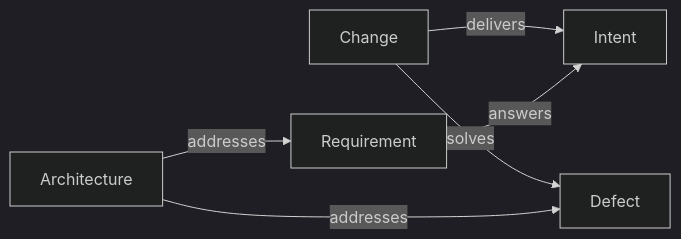
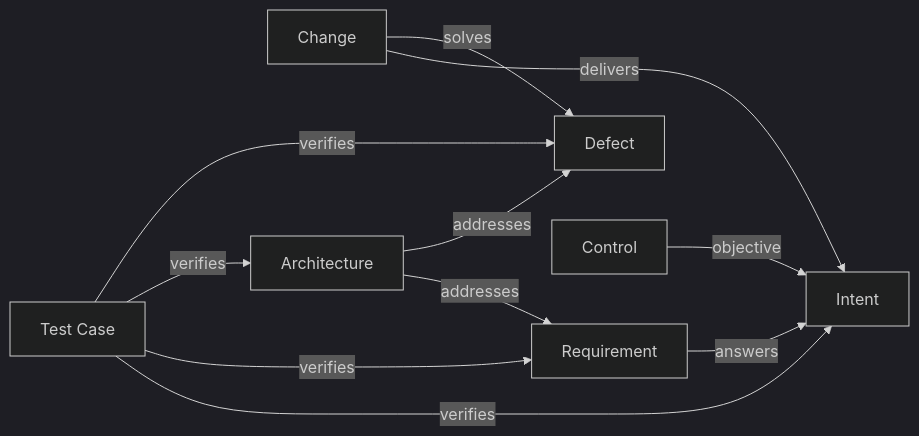
The diagram in engineering/metamodel/views/plan.md (Kai-Hacks-AI/KAAL), drawn with Mermaid (dark theme) before and after one commit. The commit also changed other lines of this file and 7 other files, not shown here.

````diff
--- a/engineering/metamodel/views/plan.md
+++ b/engineering/metamodel/views/plan.md
@@ -14,8 +12,13 @@
 ```mermaid
 flowchart LR
   Change -->|delivers| Intent
   Change -->|solves| Defect
   Requirement -->|answers| Intent
   Architecture -->|addresses| Requirement
   Architecture -->|addresses| Defect
+  TestCase["Test Case"] -->|verifies| Intent
+  TestCase -->|verifies| Requirement
+  TestCase -->|verifies| Architecture
+  TestCase -->|verifies| Defect
+  Control -->|objective| Intent
 ```
````
